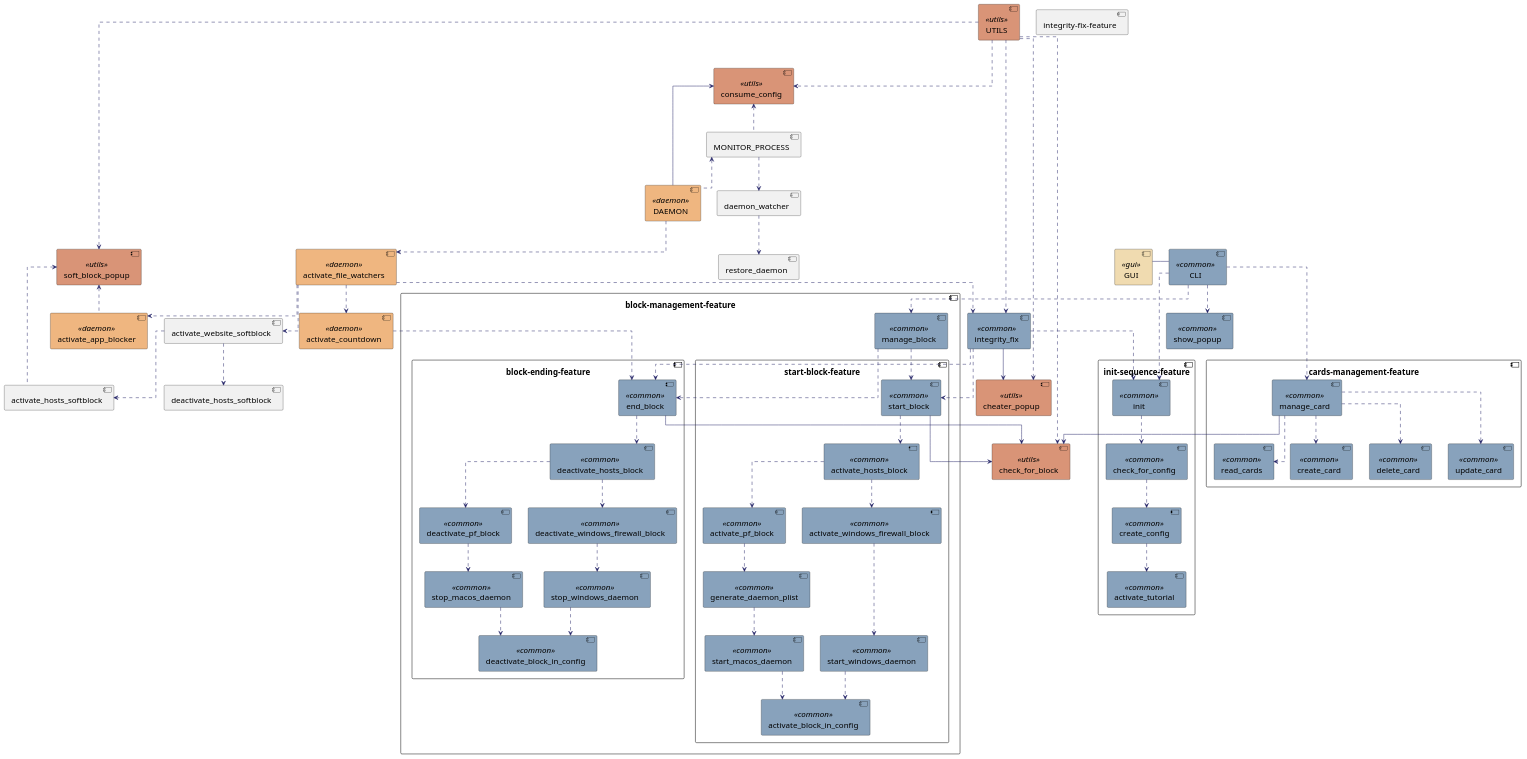
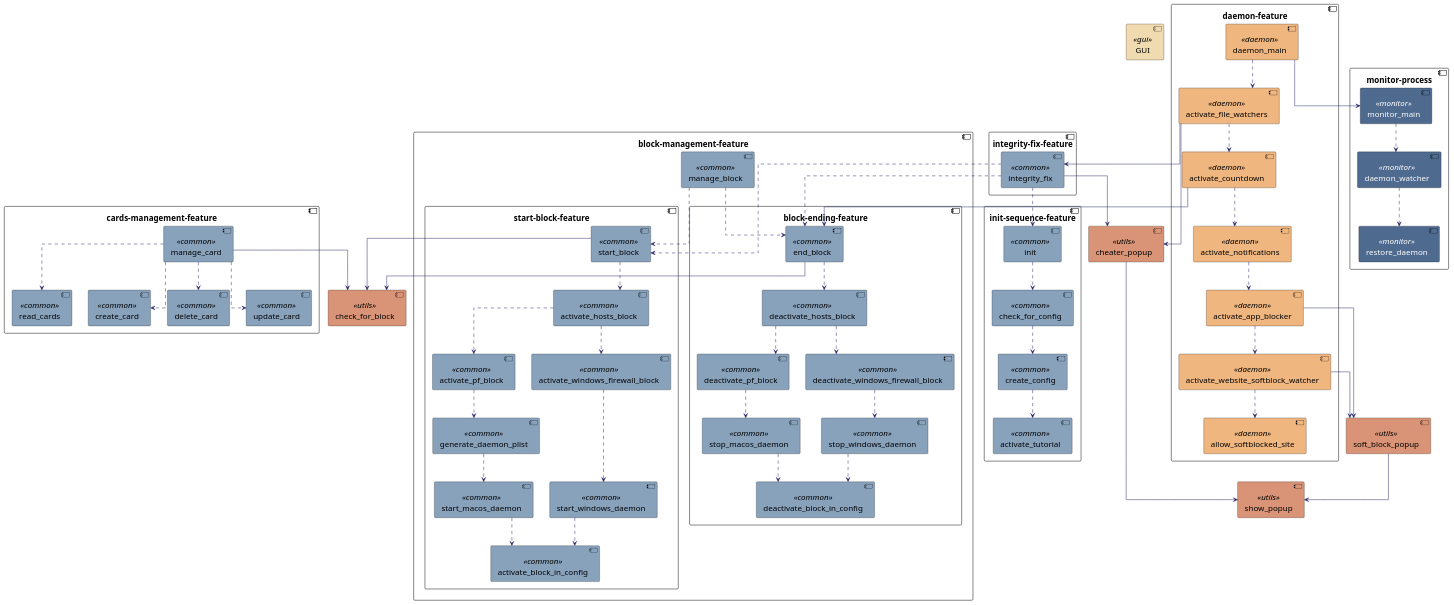
The diagram in codebase-map.puml (ThatNerdSquared/lento), drawn with PlantUML before and after one commit.

Commit message:
Cleaned up daemon/monitor parts of codebase map

```diff
--- a/codebase-map.puml
+++ b/codebase-map.puml
@@ -1,169 +1,161 @@
 @startuml
 skinparam componentStyle uml2
 skinparam linetype ortho
 skinparam ArrowFontStyle normal
 
 skinparam component {
     FontColor          black
+    FontColor<<monitor>> white
     AttributeFontColor black
     FontSize           17
     AttributeFontSize  15
     AttributeFontname  Droid Sans Mono
     BackgroundColor<<gui>> #f0dbb0
     BackgroundColor<<common>> #88a2bc
     BackgroundColor<<utils>> #d99477
     BackgroundColor<<daemon>> #efb680
+    BackgroundColor<<monitor>> #4f6a8f
     BorderColor        black
     ArrowColor         #222266
 }
 
 
 [GUI] <<gui>>
-[CLI] <<common>>
-[DAEMON] <<daemon>>
-[MONITOR_PROCESS]
-[UTILS] <<utils>>
-
-[GUI] - [CLI]
 
 [check_for_block] <<utils>>
 [cheater_popup] <<utils>>
 [soft_block_popup] <<utils>>
-[consume_config] <<utils>>
+[show_popup] <<utils>>
 
-
-[UTILS] .down.> [check_for_block]
-[UTILS] .down.> [cheater_popup]
-[UTILS] .down.> [soft_block_popup]
-[UTILS] .down.> [consume_config]
-[UTILS] .down.> [integrity_fix]
-
-
-together {
-    [show_popup] <<common>>
-}
-
-[CLI] .down.> [show_popup]
+[cheater_popup] --> [show_popup]
+[soft_block_popup] --> [show_popup]
 
 component init-sequence-feature {
     [init] <<common>>
     [check_for_config] <<common>>
     [create_config] <<common>>
     [activate_tutorial] <<common>>
-
-    [CLI] .down.> [init]
 
     [init] .down.> [check_for_config]
     [check_for_config] .down.> [create_config]
     [create_config] .down.> [activate_tutorial]
 }
 
 
 component cards-management-feature {
     [manage_card] <<common>>
     [read_cards] <<common>>
     [create_card] <<common>>
     [delete_card] <<common>>
     [update_card] <<common>>
 
-    [CLI] .down.> [manage_card]
-
     [manage_card] --> [check_for_block]
     [manage_card] .down.> [create_card]
     [manage_card] .down.> [read_cards]
     [manage_card] .down.> [update_card]
     [manage_card] .down.> [delete_card]
 }
 
 component block-management-feature {
     [manage_block] <<common>>
-
-    [CLI] .down.> [manage_block]
 
     component start-block-feature {
         [start_block] <<common>>
         [activate_hosts_block] <<common>>
         [activate_pf_block] <<common>>
         [activate_windows_firewall_block] <<common>>
         [generate_daemon_plist] <<common>>
         [start_macos_daemon] <<common>>
         [start_windows_daemon] <<common>>
         [activate_block_in_config] <<common>>
 
         [manage_block] .down.> [start_block]
 
         [start_block] --> [check_for_block]
         [start_block] .down.> [activate_hosts_block]
 
         [activate_hosts_block] .down.> [activate_pf_block]
         [activate_hosts_block] .down.> [activate_windows_firewall_block]
 
         [activate_pf_block] .down.> [generate_daemon_plist]
         [activate_windows_firewall_block] .down.> [start_windows_daemon]
 
         [generate_daemon_plist] .down.> [start_macos_daemon]
         [start_macos_daemon] .down.> [activate_block_in_config]
         [start_windows_daemon] .down.> [activate_block_in_config]
     }
 
     component block-ending-feature {
         [end_block] <<common>>
         [deactivate_hosts_block] <<common>>
         [deactivate_pf_block] <<common>>
         [deactivate_windows_firewall_block] <<common>>
         [stop_macos_daemon] <<common>>
         [stop_windows_daemon] <<common>>
         [deactivate_block_in_config] <<common>>
 
         [manage_block] .down.> [end_block]
 
         [end_block] --> [check_for_block]
         [end_block] .down.> [deactivate_hosts_block]
 
         [deactivate_hosts_block] .down.> [deactivate_pf_block]
         [deactivate_hosts_block] .down.> [deactivate_windows_firewall_block]
 
         [deactivate_pf_block] .down.> [stop_macos_daemon]
         [deactivate_windows_firewall_block] .down.> [stop_windows_daemon]
 
         [stop_macos_daemon] .down.> [deactivate_block_in_config]
         [stop_windows_daemon] .down.> [deactivate_block_in_config]
     }
 }
 
+
 component integrity-fix-feature {
     [integrity_fix] <<common>>
 
     [integrity_fix] .down.> [init]
     [integrity_fix] --> [cheater_popup]
     [integrity_fix] .down.> [end_block]
     [integrity_fix] .down.> [start_block]
 }
 
 
-[DAEMON] .up.> [MONITOR_PROCESS]
-[DAEMON] --> [consume_config]
+component monitor-process {
+    [monitor_main] <<monitor>>
+    [daemon_watcher] <<monitor>>
+    [restore_daemon] <<monitor>>
 
-[activate_file_watchers] <<daemon>>
-[activate_countdown] <<daemon>>
-[activate_app_blocker] <<daemon>>
+    [monitor_main] .down.> [daemon_watcher]
+    [daemon_watcher] .down.> [restore_daemon]
+}
 
-[DAEMON] .down.> [activate_file_watchers]
-[activate_file_watchers] .down.> [integrity_fix]
 
-[activate_file_watchers] .down.> [activate_countdown]
-[activate_countdown] .down.> [end_block]
+component daemon-feature {
+    [daemon_main] <<daemon>>
+    [activate_file_watchers] <<daemon>>
+    [activate_countdown] <<daemon>>
+    [activate_notifications] <<daemon>>
+    [activate_app_blocker] <<daemon>>
+    [activate_website_softblock_watcher] <<daemon>>
+    [allow_softblocked_site] <<daemon>>
 
-[activate_file_watchers] .down.> [activate_app_blocker]
-[activate_app_blocker] .up.> [soft_block_popup]
+    [daemon_main] --> [monitor_main]
+    [daemon_main] .down.> [activate_file_watchers]
+    [activate_file_watchers] --> [integrity_fix]
+    [activate_file_watchers] --> [cheater_popup]
 
-[activate_file_watchers] .down.> [activate_website_softblock]
-[activate_website_softblock] .down.> [activate_hosts_softblock]
-[activate_hosts_softblock] .up.> [soft_block_popup]
-[activate_website_softblock] .down.> [deactivate_hosts_softblock]
+    [activate_file_watchers] .down.> [activate_countdown]
+    [activate_countdown] --> [end_block]
 
-[MONITOR_PROCESS] .up.> [consume_config]
-[MONITOR_PROCESS] .down.> [daemon_watcher]
-[daemon_watcher] .down.> [restore_daemon]
+    [activate_countdown] .down.> [activate_notifications]
+    [activate_notifications] .down.> [activate_app_blocker]
+    [activate_app_blocker] --> [soft_block_popup]
+
+    [activate_app_blocker] .down.> [activate_website_softblock_watcher]
+    [activate_website_softblock_watcher] --> [soft_block_popup]
+    [activate_website_softblock_watcher] .down.> [allow_softblocked_site]
+}
+
 
 @enduml
```
